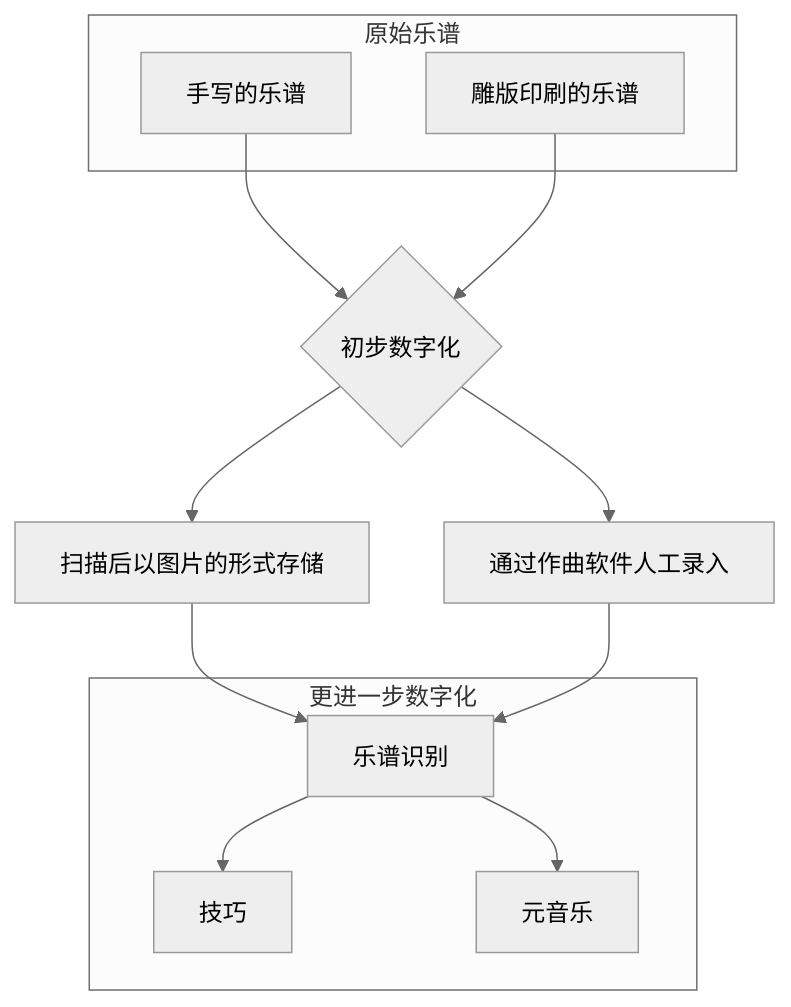
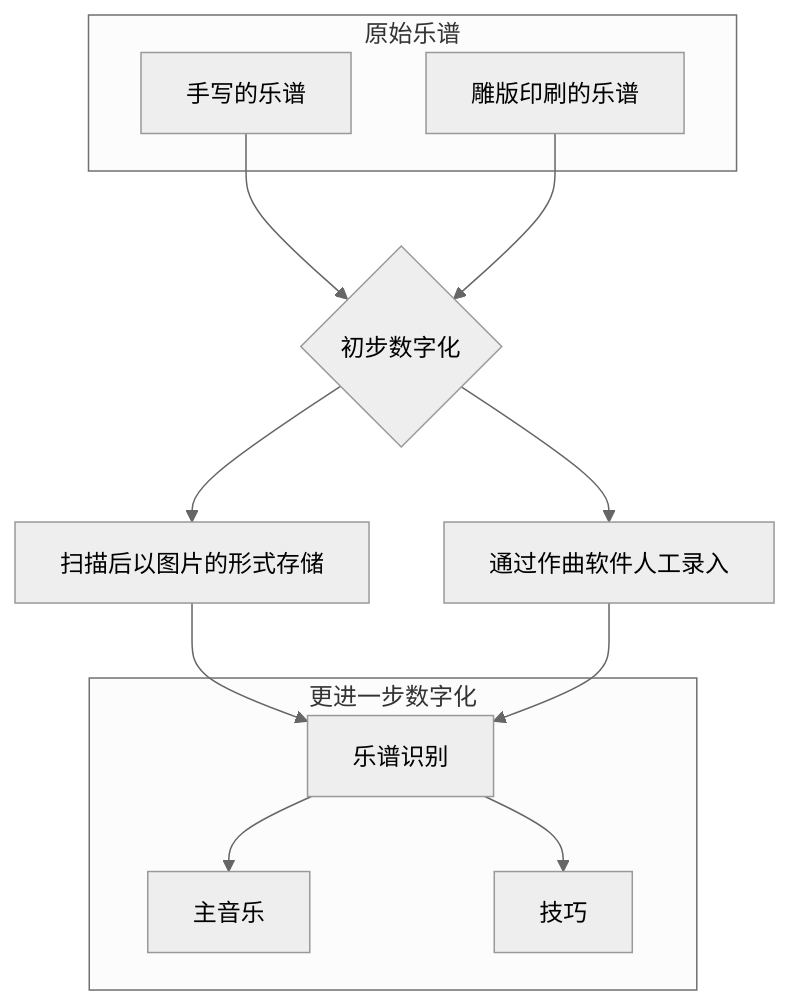
Before and after one commit to PabulumExpress/music-notation-specification: the first of 2 diagrams in README.md, drawn with Mermaid (neutral theme). The commit also changed other lines of this file and 7 other files, not shown here.

````diff
--- a/README.md
+++ b/README.md
@@ -11,18 +14,18 @@
 ```mermaid
 graph TD;
   subgraph 原始乐谱
     B[手写的乐谱]
     C[雕版印刷的乐谱]
   end
   B-->D{初步数字化}
   C-->D
   D-->E[扫描后以图片的形式存储]
   D-->F[通过作曲软件人工录入]
   subgraph 更进一步数字化
     G[乐谱识别]
+    G-->I[主音乐]
     G-->H[技巧]
-    G-->I[元音乐]
   end
   E-->G
   F-->G
 ```
````
